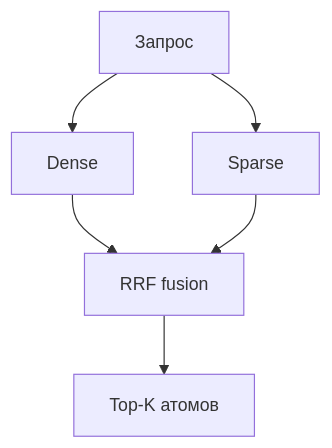
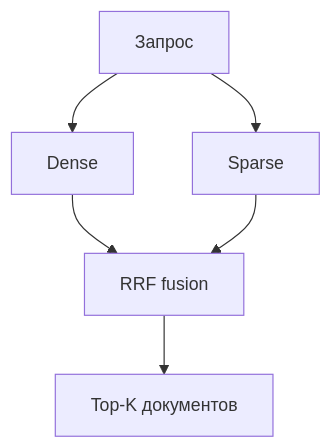
One commit to KuBaN658/UEAT changed the diagram in doc/presentation/diagrams/hybrid-search.mmd. Above: the diagram before and after it, drawn with Mermaid. The commit also changed 2 other files, not shown here.

Commit message:
edit diagram

```diff
--- a/doc/presentation/diagrams/hybrid-search.mmd
+++ b/doc/presentation/diagrams/hybrid-search.mmd
@@ -1,12 +1,12 @@
 %%{init: {'themeVariables': { 'fontSize': '15px'}}}%%
 flowchart TB
   Q[Запрос]
   D1[Dense]
   S1[Sparse]
   RRF[RRF fusion]
-  Top[Top-K атомов]
+  Top[Top-K документов]
   Q --> D1
   Q --> S1
   D1 --> RRF
   S1 --> RRF
   RRF --> Top
```
